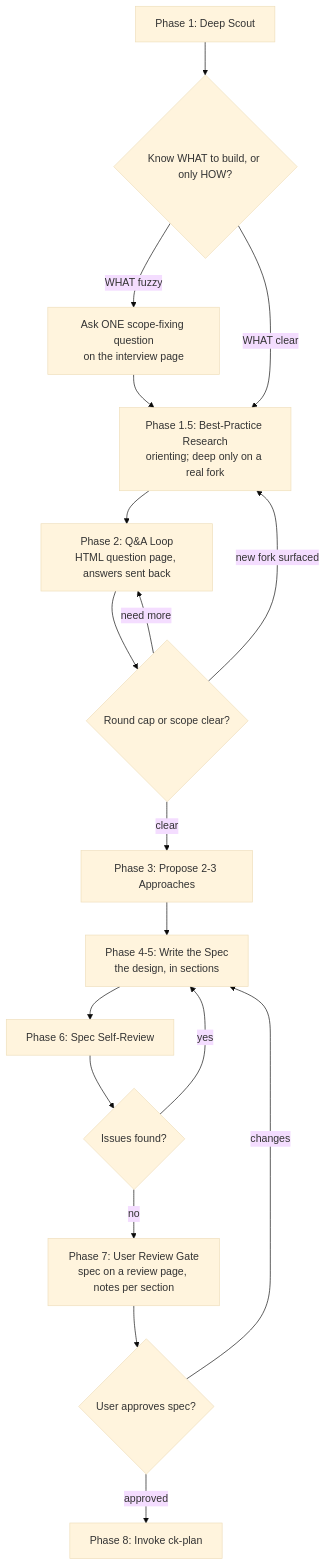
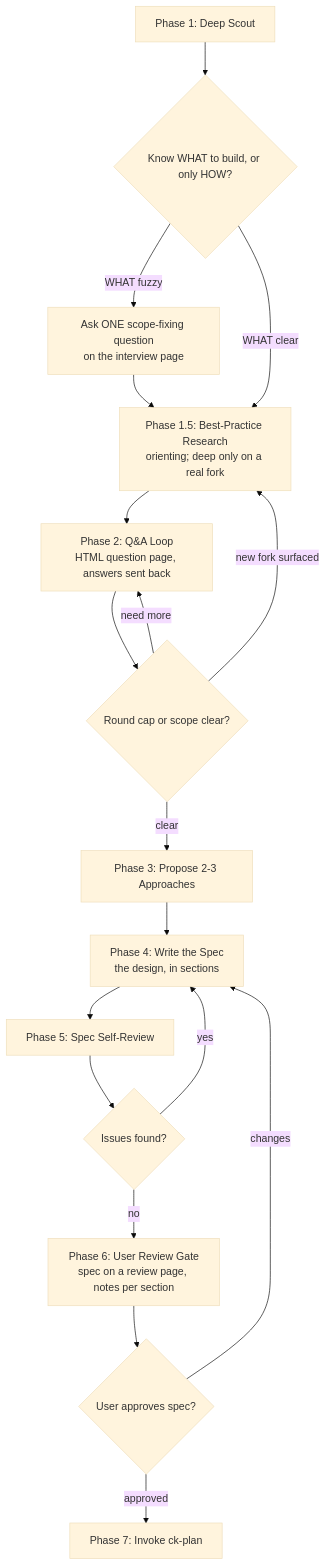
Before and after one commit to dphong1995/skills: the diagram in skills/brainstorm-pro/SKILL.md, drawn with Mermaid (base theme). The commit also changed other lines of this file and 3 other files, not shown here.

````diff
--- a/skills/brainstorm-pro/SKILL.md
+++ b/skills/brainstorm-pro/SKILL.md
@@ -61,19 +61,19 @@
 ```mermaid
 flowchart TD
     A[Phase 1: Deep Scout] --> W{Know WHAT to build, or only HOW?}
     W -->|WHAT fuzzy| Q0[Ask ONE scope-fixing question<br/>on the interview page] --> R
     W -->|WHAT clear| R[Phase 1.5: Best-Practice Research<br/>orienting; deep only on a real fork]
     R --> B[Phase 2: Q&A Loop<br/>HTML question page, answers sent back]
     B --> C{Round cap or scope clear?}
     C -->|need more| B
     C -->|new fork surfaced| R
     C -->|clear| D[Phase 3: Propose 2-3 Approaches]
-    D --> G[Phase 4-5: Write the Spec<br/>the design, in sections]
-    G --> H[Phase 6: Spec Self-Review]
+    D --> G[Phase 4: Write the Spec<br/>the design, in sections]
+    G --> H[Phase 5: Spec Self-Review]
     H --> I{Issues found?}
     I -->|yes| G
-    I -->|no| J[Phase 7: User Review Gate<br/>spec on a review page, notes per section]
+    I -->|no| J[Phase 6: User Review Gate<br/>spec on a review page, notes per section]
     J --> K{User approves spec?}
     K -->|changes| G
-    K -->|approved| L[Phase 8: Invoke ck-plan]
+    K -->|approved| L[Phase 7: Invoke ck-plan]
 ```
````
